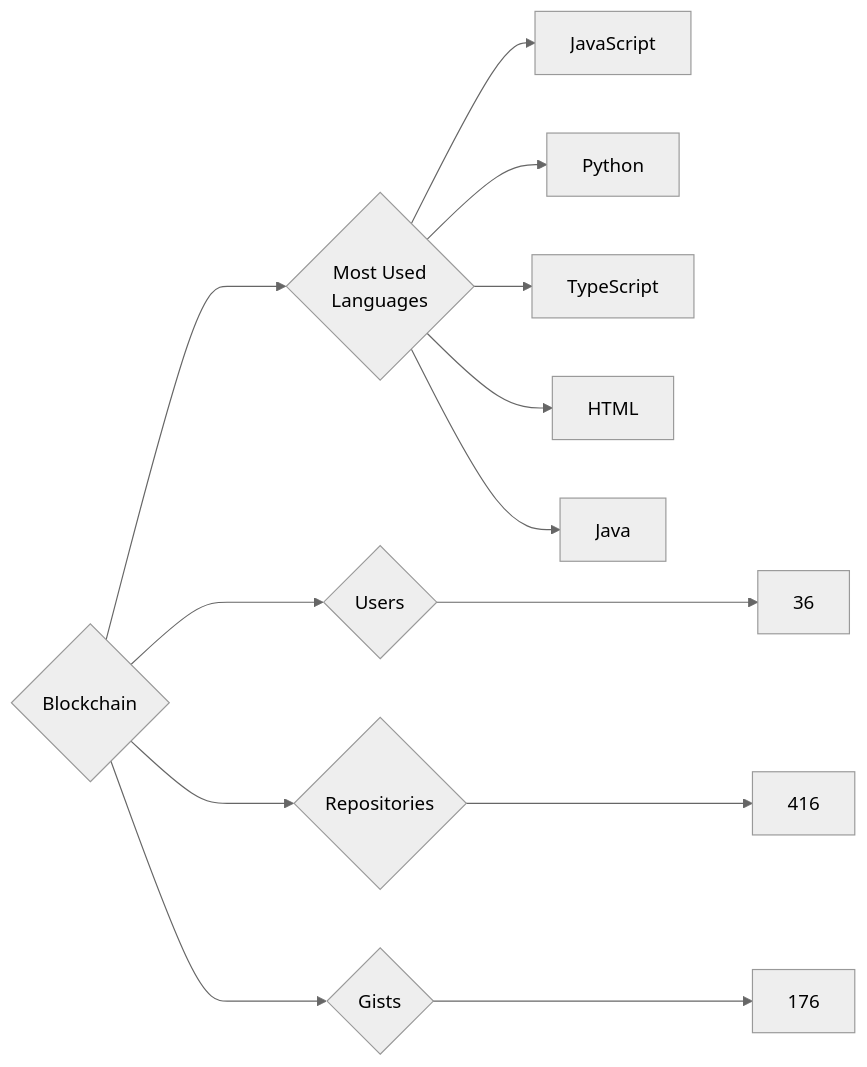
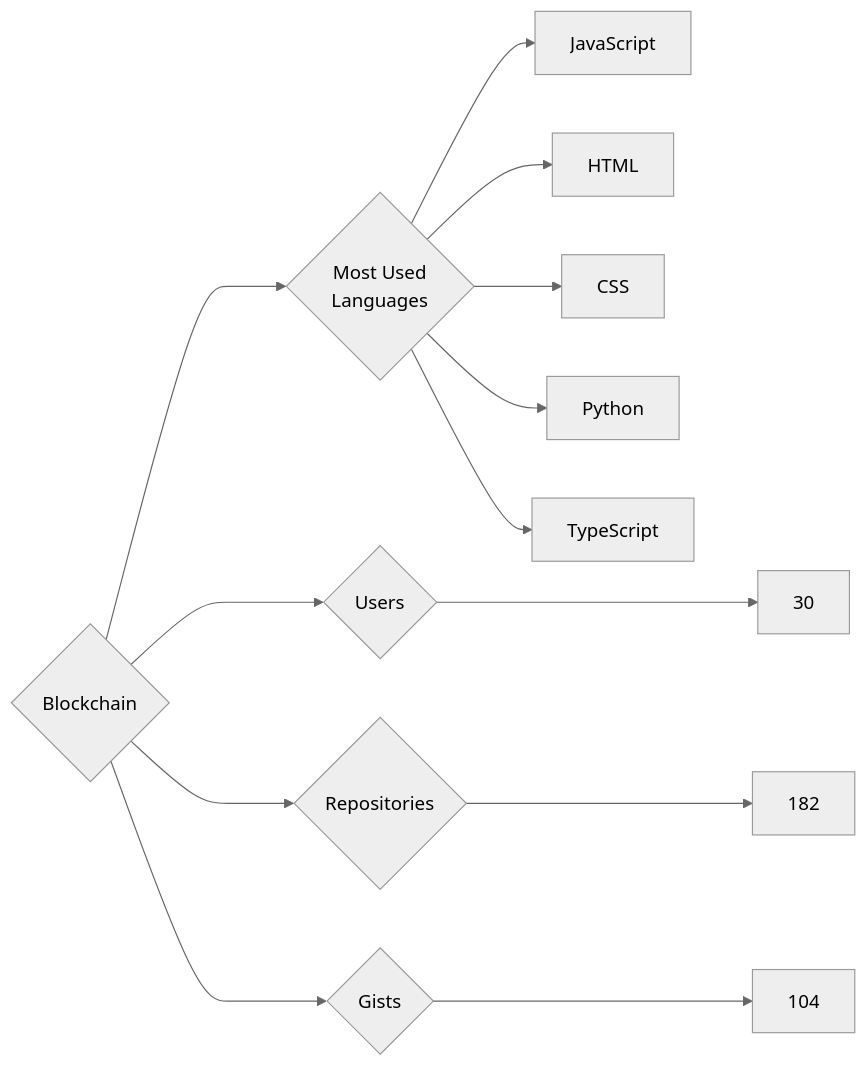
One commit to trickest/insiders changed the diagram in targets/Blockchain/README.md. Above: the diagram before and after it, drawn with Mermaid (neutral theme). The commit also changed 873 other files, not shown here.

````diff
--- a/targets/Blockchain/README.md
+++ b/targets/Blockchain/README.md
@@ -3,13 +3,13 @@
 ```mermaid
 graph LR
 COMPANY_NAME{Blockchain}
-COMPANY_NAME ---> U{Users} ---> UN[36]
-COMPANY_NAME ---> R{Repositories} ---> RN[416]
-COMPANY_NAME ---> G{Gists} ---> GN[176]
+COMPANY_NAME ---> U{Users} ---> UN[30]
+COMPANY_NAME ---> R{Repositories} ---> RN[182]
+COMPANY_NAME ---> G{Gists} ---> GN[104]
 COMPANY_NAME ---> ML{Most Used<br>Languages}
 ML --> JavaScript[JavaScript]
+ML --> HTML[HTML]
+ML --> CSS[CSS]
 ML --> Python[Python]
 ML --> TypeScript[TypeScript]
-ML --> HTML[HTML]
-ML --> Java[Java]
 ```
````
